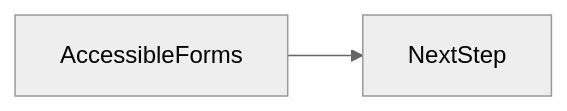
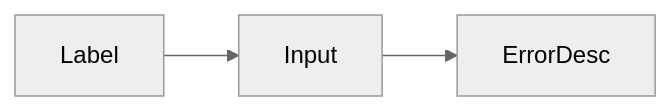
One commit to OmidJavaherii/Frontend-Engineering-Handbook changed the second of 2 diagrams in docs/en/18-accessibility/forms-a11y/index.md. Above: the diagram before and after it, drawn with Mermaid (neutral theme). The commit also changed other lines of this file and 461 other files, not shown here.

````diff
--- a/docs/en/18-accessibility/forms-a11y/index.md
+++ b/docs/en/18-accessibility/forms-a11y/index.md
@@ -96,4 +110,5 @@
 ```mermaid
 flowchart LR
-  concept[AccessibleForms] --> nextStep[NextStep]
+  Label --> Input
+  Input --> ErrorDesc
 ```
````
